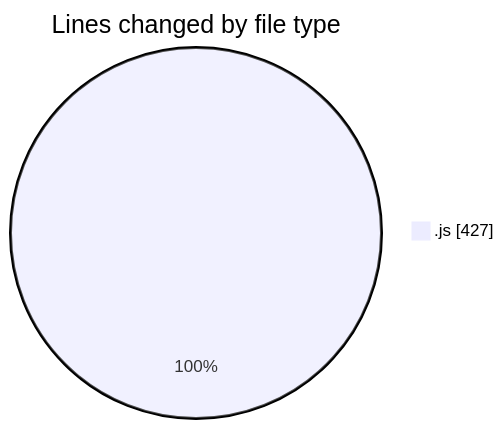
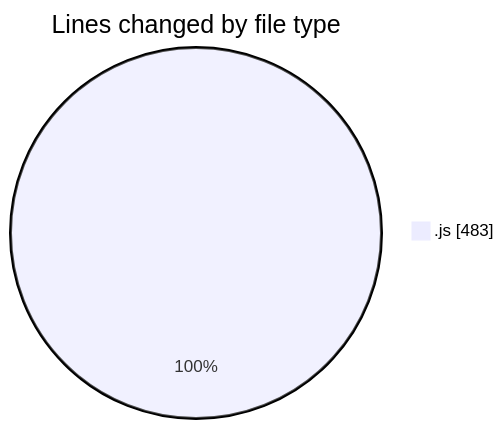
One commit to Ritupan-Deka/code-tracking changed the first of 2 diagrams in 2025-07-20/mern-workoutboard/README.md. Above: the diagram before and after it, drawn with Mermaid. The commit also changed other lines of this file and 1 other file, not shown here.

````diff
--- a/2025-07-20/mern-workoutboard/README.md
+++ b/2025-07-20/mern-workoutboard/README.md
@@ -24,5 +25,5 @@
 ```mermaid
 pie showData
 title Lines changed by file type
-".js" : 427
+".js" : 483
 ```
````
